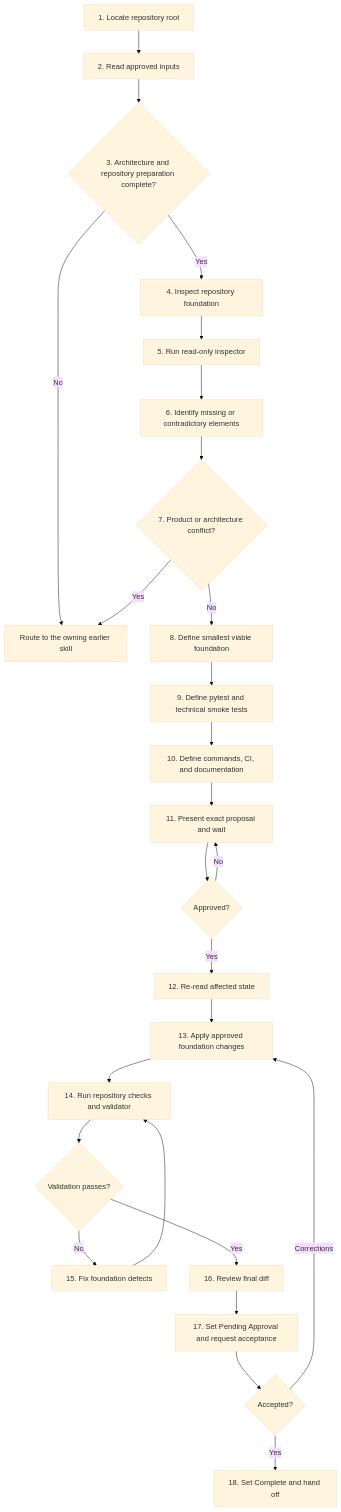
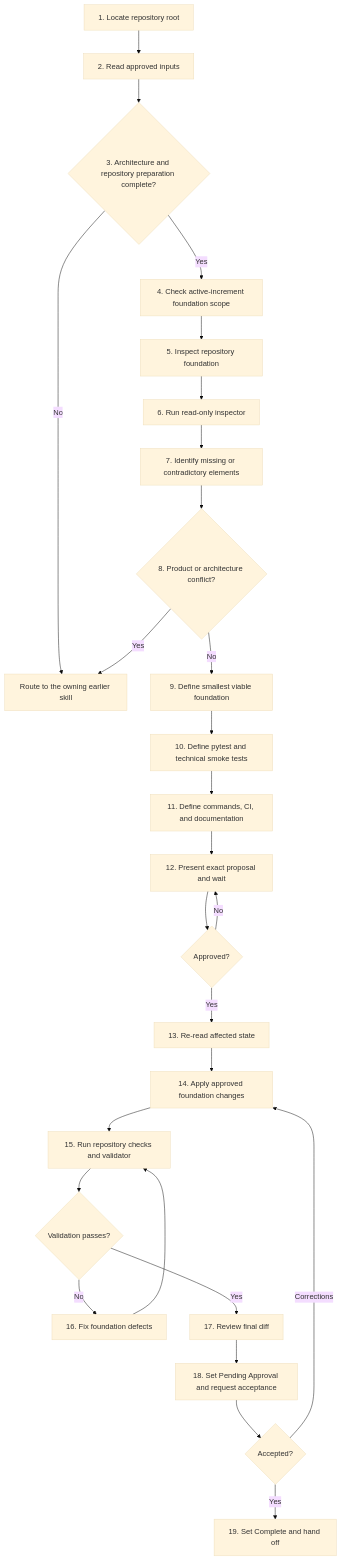
Before and after one commit to ecarrenolozano/ai-sdlc-skills: the diagram in skills/f-establish-technical-foundation/references/process-flowchart.md, drawn with Mermaid (base theme). The commit also changed 9 other files, not shown here.

````diff
--- a/skills/f-establish-technical-foundation/references/process-flowchart.md
+++ b/skills/f-establish-technical-foundation/references/process-flowchart.md
@@ -5,28 +5,29 @@
 ```mermaid
 flowchart TD
     S01[1. Locate repository root] --> S02[2. Read approved inputs]
     S02 --> S03{3. Architecture and repository preparation complete?}
     S03 -- No --> H01[Route to the owning earlier skill]
-    S03 -- Yes --> S04[4. Inspect repository foundation]
-    S04 --> S05[5. Run read-only inspector]
-    S05 --> S06[6. Identify missing or contradictory elements]
-    S06 --> S07{7. Product or architecture conflict?}
-    S07 -- Yes --> H01
-    S07 -- No --> S08[8. Define smallest viable foundation]
-    S08 --> S09[9. Define pytest and technical smoke tests]
-    S09 --> S10[10. Define commands, CI, and documentation]
-    S10 --> S11[11. Present exact proposal and wait]
-    S11 --> A01{Approved?}
-    A01 -- No --> S11
-    A01 -- Yes --> S12[12. Re-read affected state]
-    S12 --> S13[13. Apply approved foundation changes]
-    S13 --> S14[14. Run repository checks and validator]
-    S14 --> V01{Validation passes?}
-    V01 -- No --> S15[15. Fix foundation defects]
-    S15 --> S14
-    V01 -- Yes --> S16[16. Review final diff]
-    S16 --> S17[17. Set Pending Approval and request acceptance]
-    S17 --> A02{Accepted?}
-    A02 -- Corrections --> S13
-    A02 -- Yes --> S18[18. Set Complete and hand off]
+    S03 -- Yes --> S04[4. Check active-increment foundation scope]
+    S04 --> S05[5. Inspect repository foundation]
+    S05 --> S06[6. Run read-only inspector]
+    S06 --> S07[7. Identify missing or contradictory elements]
+    S07 --> S08{8. Product or architecture conflict?}
+    S08 -- Yes --> H01
+    S08 -- No --> S09[9. Define smallest viable foundation]
+    S09 --> S10[10. Define pytest and technical smoke tests]
+    S10 --> S11[11. Define commands, CI, and documentation]
+    S11 --> S12[12. Present exact proposal and wait]
+    S12 --> A01{Approved?}
+    A01 -- No --> S12
+    A01 -- Yes --> S13[13. Re-read affected state]
+    S13 --> S14[14. Apply approved foundation changes]
+    S14 --> S15[15. Run repository checks and validator]
+    S15 --> V01{Validation passes?}
+    V01 -- No --> S16[16. Fix foundation defects]
+    S16 --> S15
+    V01 -- Yes --> S17[17. Review final diff]
+    S17 --> S18[18. Set Pending Approval and request acceptance]
+    S18 --> A02{Accepted?}
+    A02 -- Corrections --> S14
+    A02 -- Yes --> S19[19. Set Complete and hand off]
 ```
````
